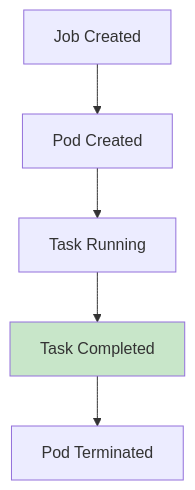
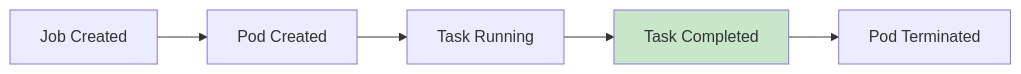
Before and after one commit to map0logo/curso-docker-k8s: the tenth of 17 diagrams in slides/08-ingress-jobs-k8s.qmd, drawn with Mermaid. The commit also changed other lines of this file, not shown here.

````diff
--- a/slides/08-ingress-jobs-k8s.qmd
+++ b/slides/08-ingress-jobs-k8s.qmd
@@ -404,9 +420,9 @@
 ```{mermaid}
-graph TB
+graph LR
     A[Job Created] --> B[Pod Created]
     B --> C[Task Running]
     C --> D[Task Completed]
     D --> E[Pod Terminated]
     
     style D fill:#c8e6c9
 ```
````
